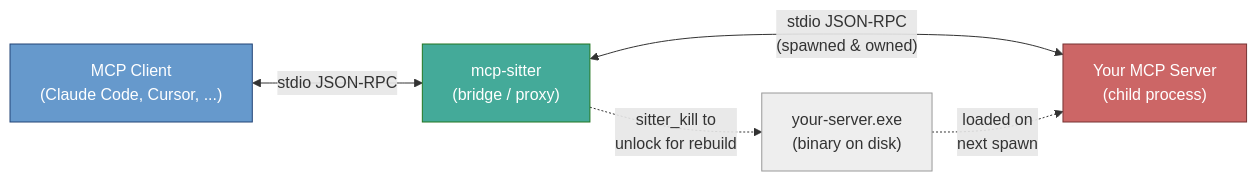
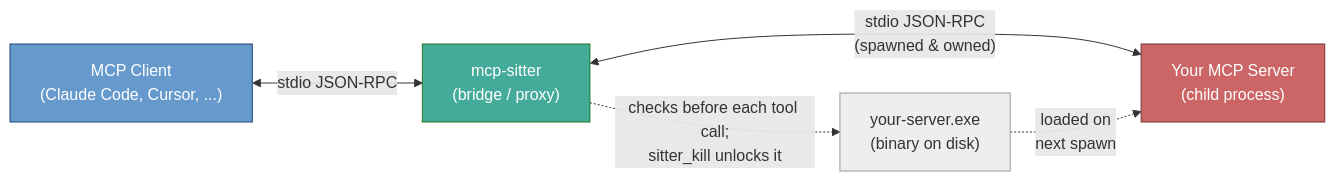
One commit to yotsuda/mcp-sitter changed the first of 3 diagrams in README.md. Above: the diagram before and after it, drawn with Mermaid. The commit also changed other lines of this file and 8 other files, not shown here.

````diff
--- a/README.md
+++ b/README.md
@@ -87,17 +100,17 @@
 ```mermaid
 graph LR
     Client["MCP Client<br/>(Claude Code, Cursor, ...)"]
     Sitter["mcp-sitter<br/>(bridge / proxy)"]
     Child["Your MCP Server<br/>(child process)"]
     Bin["your-server.exe<br/>(binary on disk)"]
 
     Client <-->|"stdio JSON-RPC"| Sitter
     Sitter <-->|"stdio JSON-RPC<br/>(spawned &amp; owned)"| Child
-    Sitter -.->|"sitter_kill to<br/>unlock for rebuild"| Bin
+    Sitter -.->|"checks before each tool call;<br/>sitter_kill unlocks it"| Bin
     Bin -.->|"loaded on<br/>next spawn"| Child
 
     style Sitter fill:#4a9,stroke:#272,color:#fff
     style Client fill:#69c,stroke:#247,color:#fff
     style Child fill:#c66,stroke:#733,color:#fff
     style Bin fill:#eee,stroke:#999,color:#333
 ```
````
